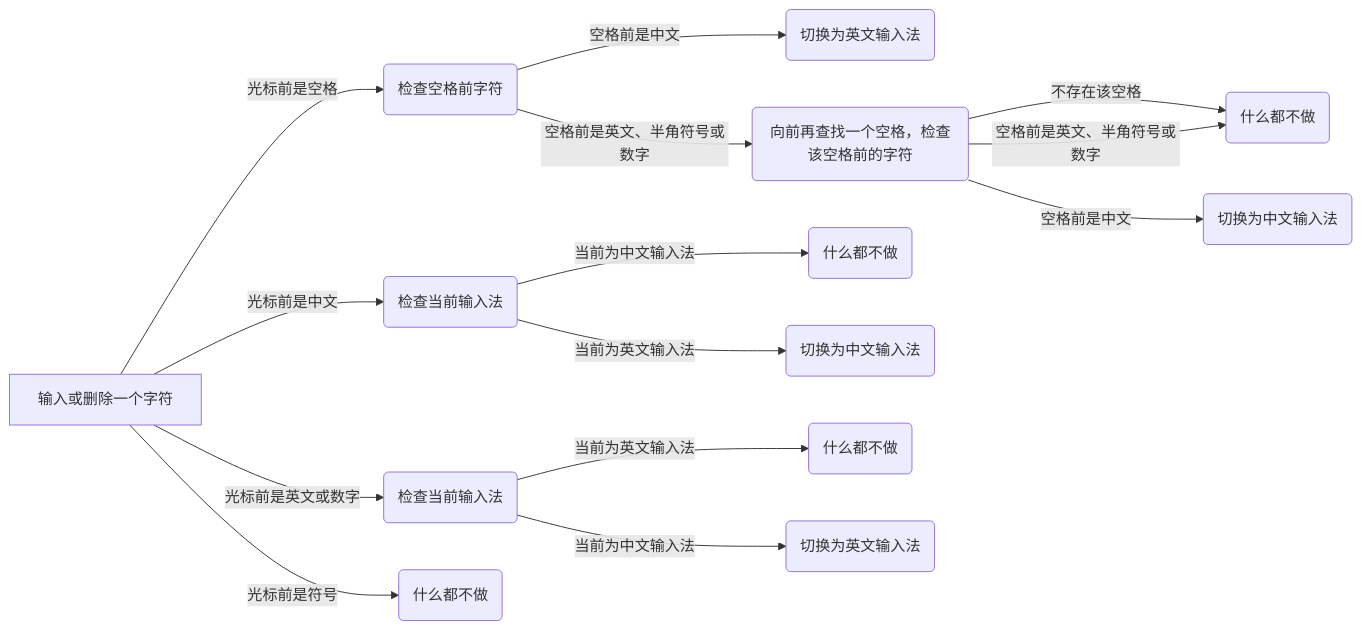
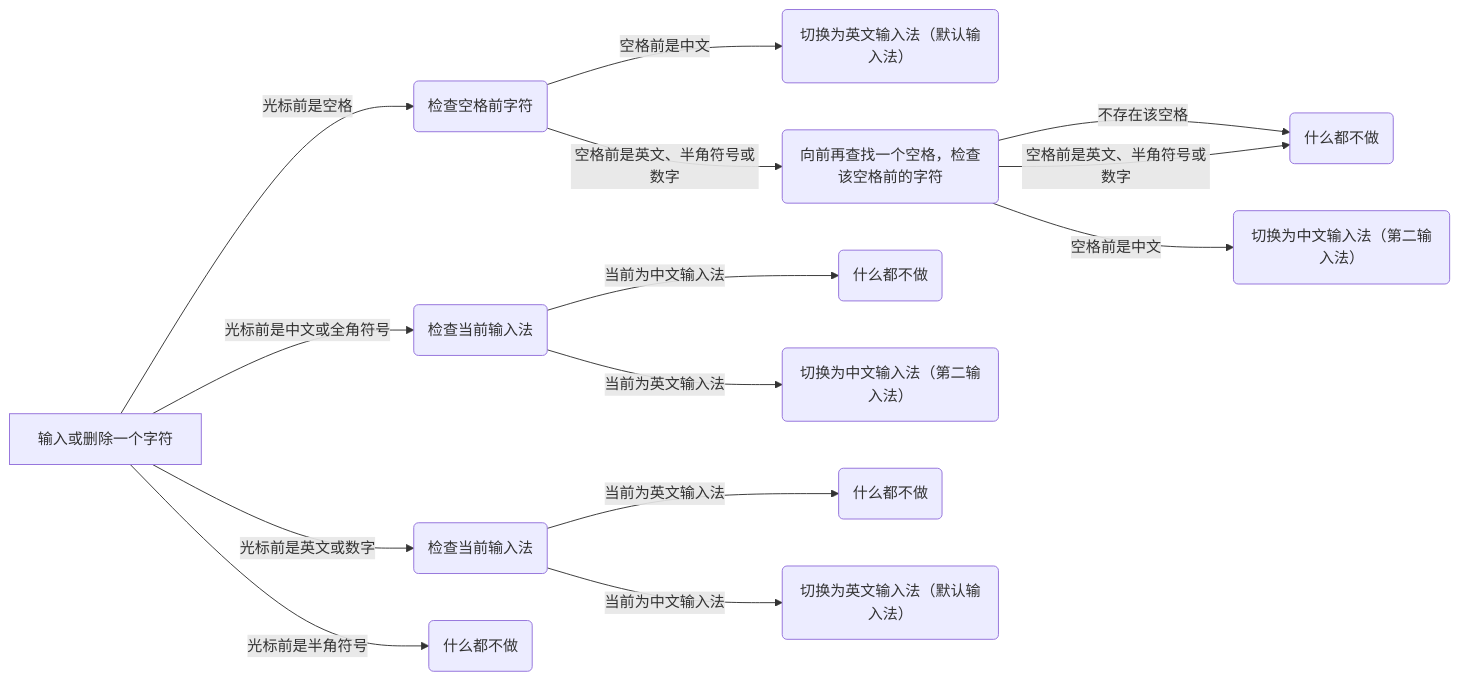
The diagram in README.md (SilverofLight/im-select.nvim), drawn with Mermaid before and after one commit. The commit also changed other lines of this file, not shown here.

````diff
--- a/README.md
+++ b/README.md
@@ -34,16 +28,16 @@
 ```mermaid
 flowchart LR
 A[输入或删除一个字符] --> |光标前是空格| B(检查空格前字符)
-    B --> |空格前是中文| C(切换为英文输入法)
+    B --> |空格前是中文| C(切换为英文输入法（默认输入法）)
     B --> |空格前是英文、半角符号或数字| D(向前再查找一个空格，检查该空格前的字符)
     D --> |不存在该空格| E(什么都不做)
-    D --> |空格前是中文| F(切换为中文输入法)
+    D --> |空格前是中文| F(切换为中文输入法（第二输入法）)
     D --> |空格前是英文、半角符号或数字| E
-    A --> |光标前是中文| G(检查当前输入法)
+    A --> |光标前是中文或全角符号| G(检查当前输入法)
     G --> |当前为中文输入法| H(什么都不做)
-    G --> |当前为英文输入法| I(切换为中文输入法)
+    G --> |当前为英文输入法| I(切换为中文输入法（第二输入法）)
     A --> |光标前是英文或数字| J(检查当前输入法)
     J --> |当前为英文输入法| L(什么都不做)
-    J --> |当前为中文输入法| K(切换为英文输入法)
-    A --> |光标前是符号| M(什么都不做)
+    J --> |当前为中文输入法| K(切换为英文输入法（默认输入法）)
+    A --> |光标前是半角符号| M(什么都不做)
 ```
````
